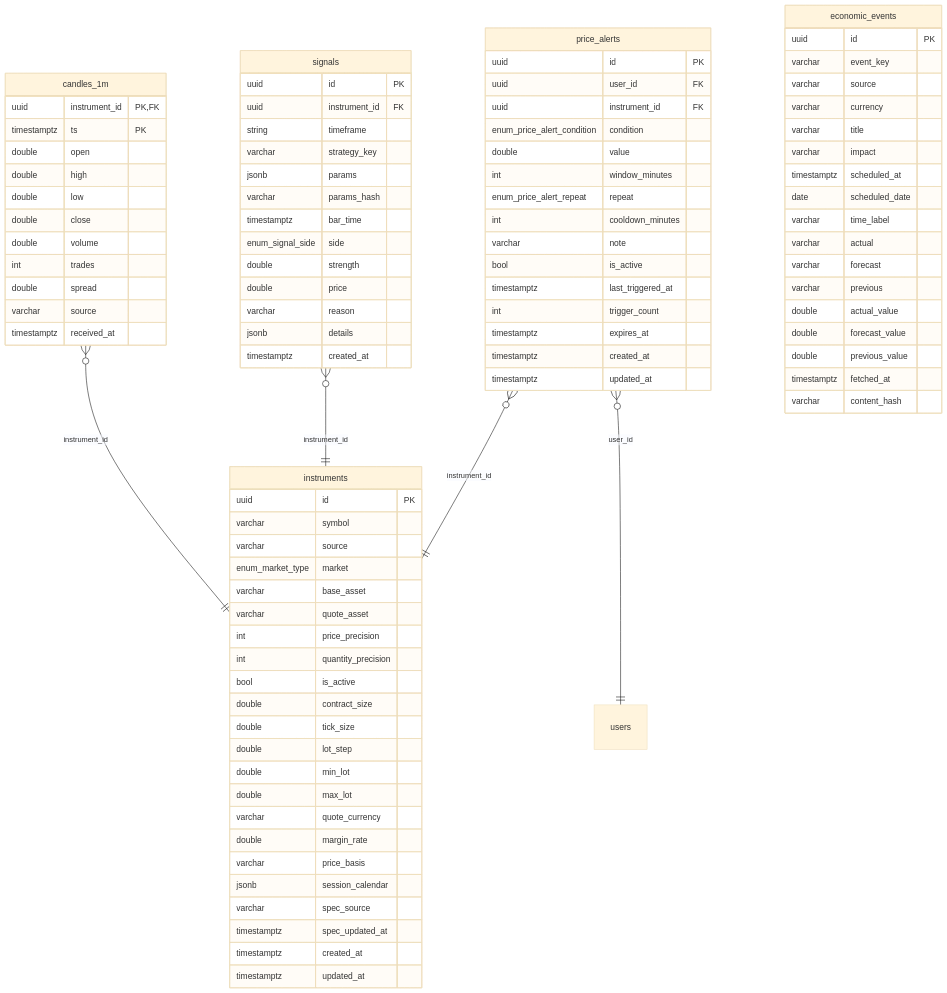
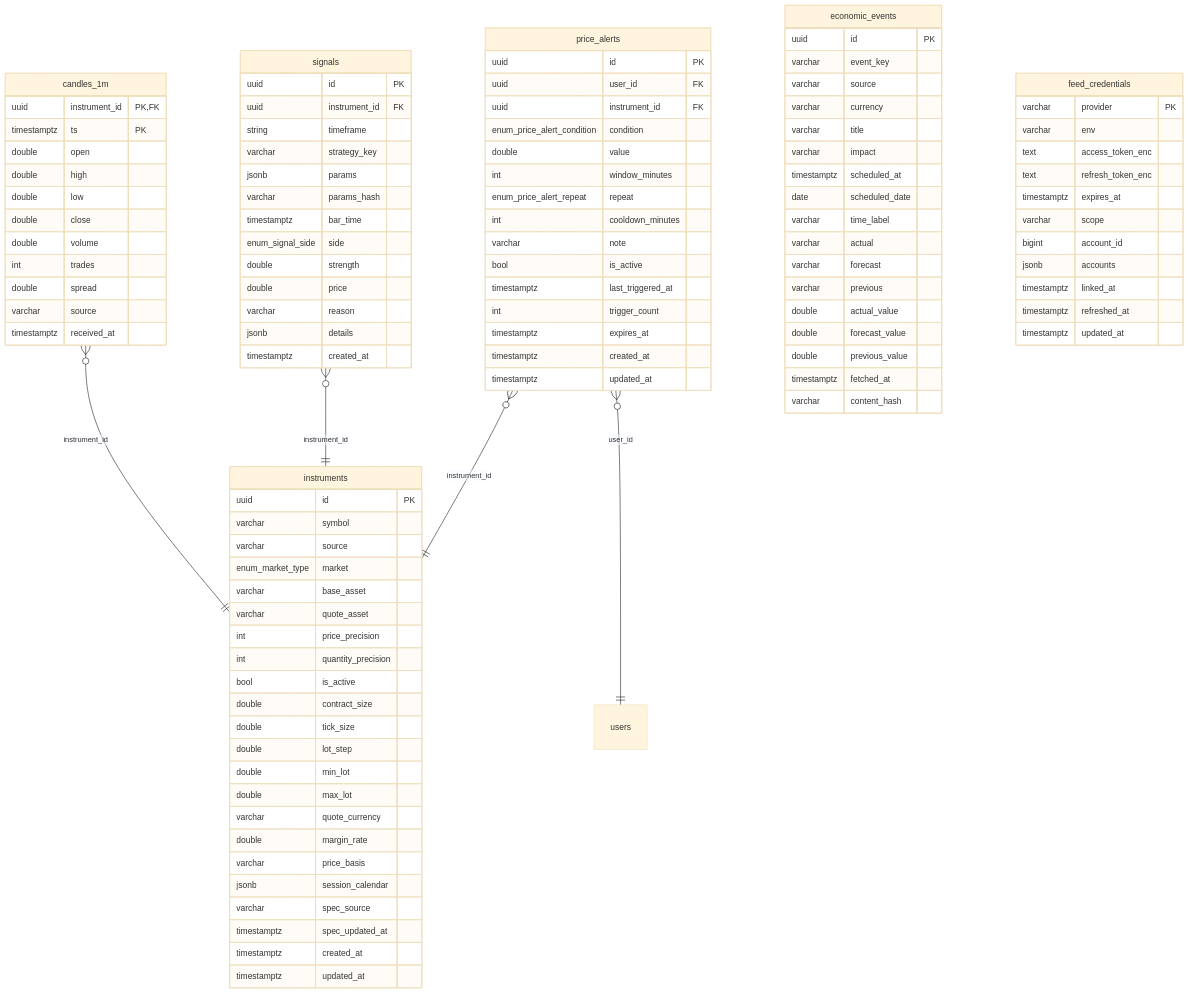
The diagram in docs/erd/mmd/market.mmd (yazan-alsamman/ai-trading-analysis-system), drawn with Mermaid (base theme) before and after one commit. The commit also changed 9 other files, not shown here.

```diff
--- a/docs/erd/mmd/market.mmd
+++ b/docs/erd/mmd/market.mmd
@@ -1,94 +1,107 @@
 erDiagram
     instruments {
         uuid id PK
         varchar symbol
         varchar source
         enum_market_type market
         varchar base_asset
         varchar quote_asset
         int price_precision
         int quantity_precision
         bool is_active
         double contract_size
         double tick_size
         double lot_step
         double min_lot
         double max_lot
         varchar quote_currency
         double margin_rate
         varchar price_basis
         jsonb session_calendar
         varchar spec_source
         timestamptz spec_updated_at
         timestamptz created_at
         timestamptz updated_at
     }
     candles_1m {
         uuid instrument_id PK, FK
         timestamptz ts PK
         double open
         double high
         double low
         double close
         double volume
         int trades
         double spread
         varchar source
         timestamptz received_at
     }
     signals {
         uuid id PK
         uuid instrument_id FK
         string timeframe
         varchar strategy_key
         jsonb params
         varchar params_hash
         timestamptz bar_time
         enum_signal_side side
         double strength
         double price
         varchar reason
         jsonb details
         timestamptz created_at
     }
     price_alerts {
         uuid id PK
         uuid user_id FK
         uuid instrument_id FK
         enum_price_alert_condition condition
         double value
         int window_minutes
         enum_price_alert_repeat repeat
         int cooldown_minutes
         varchar note
         bool is_active
         timestamptz last_triggered_at
         int trigger_count
         timestamptz expires_at
         timestamptz created_at
         timestamptz updated_at
     }
     economic_events {
         uuid id PK
         varchar event_key
         varchar source
         varchar currency
         varchar title
         varchar impact
         timestamptz scheduled_at
         date scheduled_date
         varchar time_label
         varchar actual
         varchar forecast
         varchar previous
         double actual_value
         double forecast_value
         double previous_value
         timestamptz fetched_at
         varchar content_hash
     }
+    feed_credentials {
+        varchar provider PK
+        varchar env
+        text access_token_enc
+        text refresh_token_enc
+        timestamptz expires_at
+        varchar scope
+        bigint account_id
+        jsonb accounts
+        timestamptz linked_at
+        timestamptz refreshed_at
+        timestamptz updated_at
+    }
     users
     candles_1m }o--|| instruments : "instrument_id"
     price_alerts }o--|| instruments : "instrument_id"
     price_alerts }o--|| users : "user_id"
     signals }o--|| instruments : "instrument_id"
```
